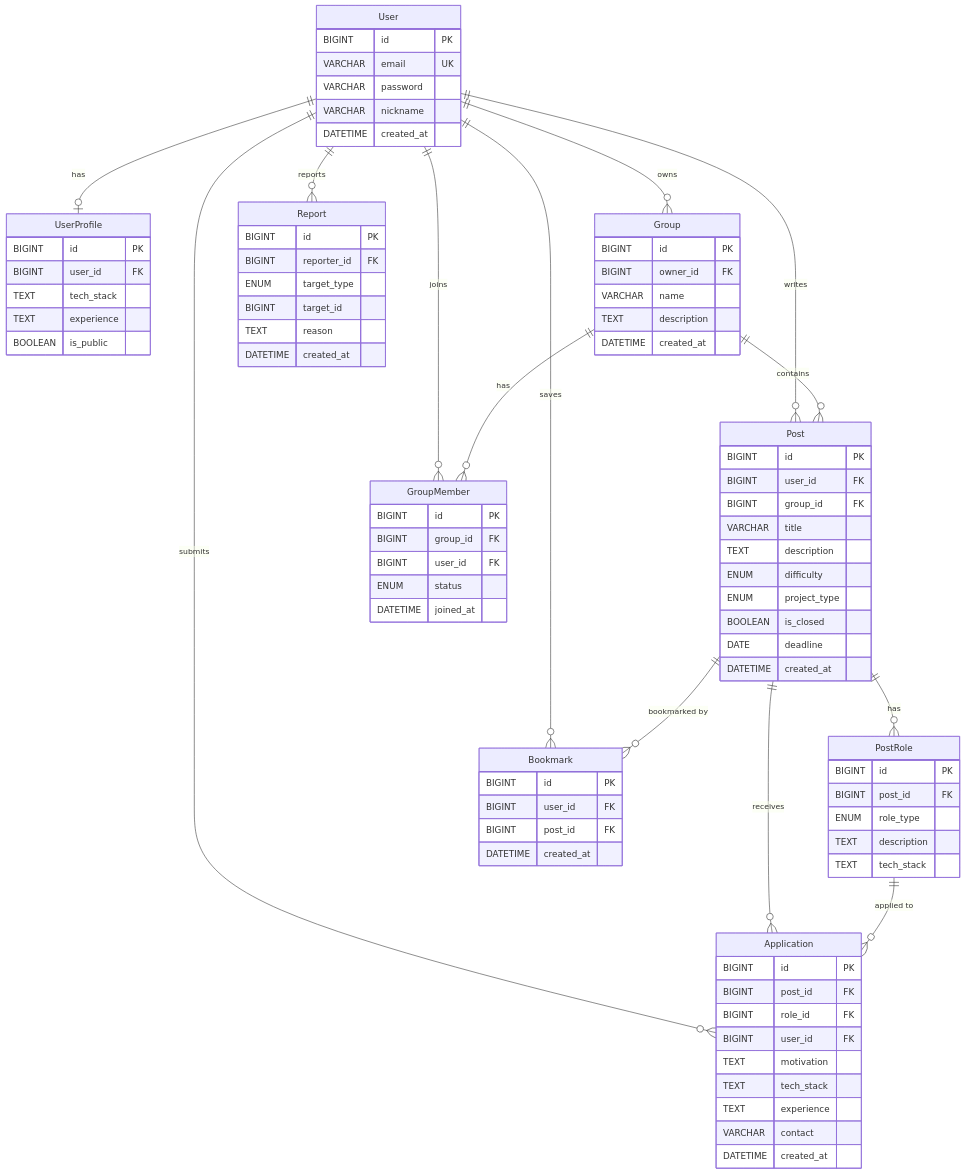
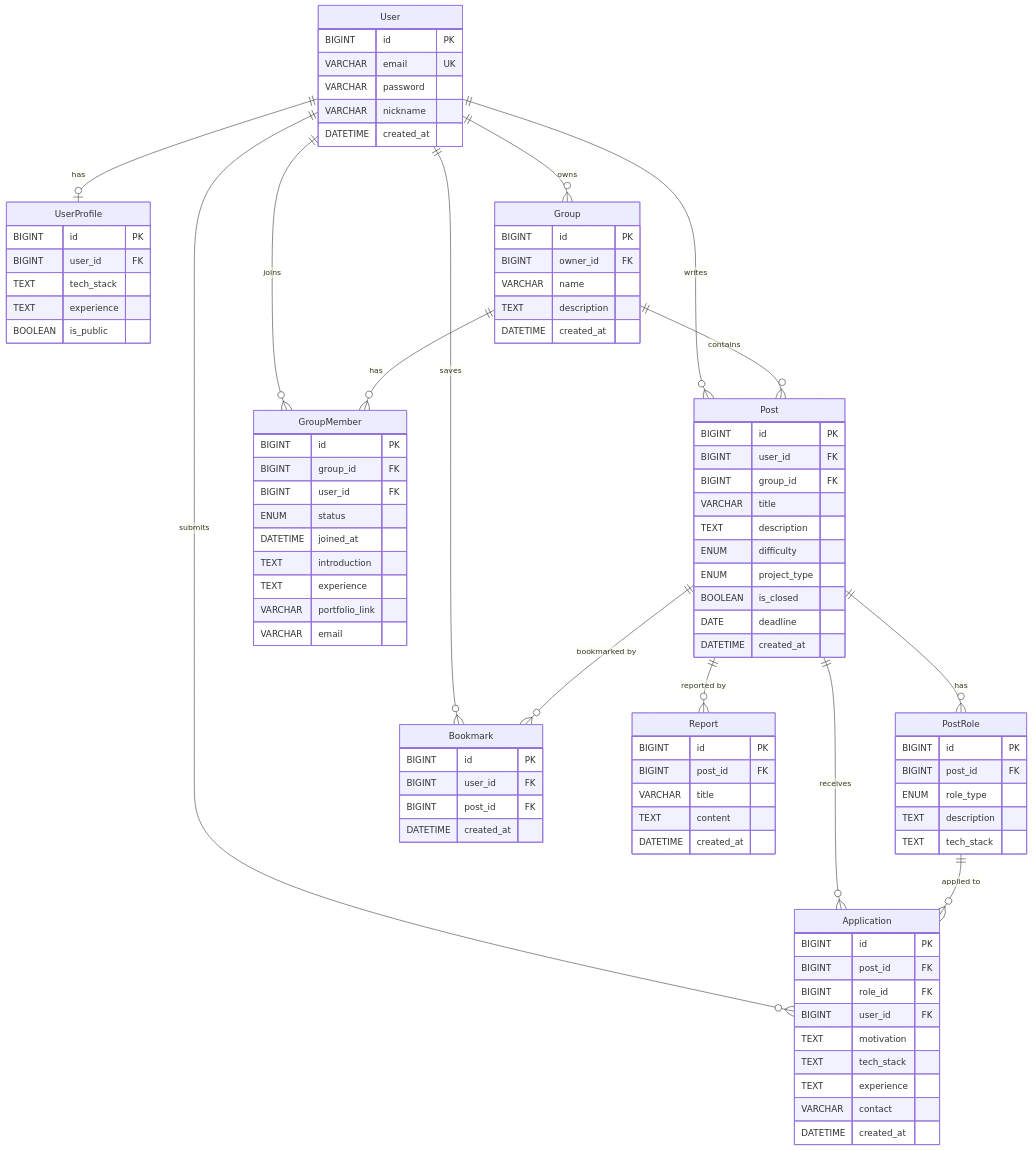
One commit to simsh1031/wooriteam changed the diagram in docs/ERD.md. Above: the diagram before and after it, drawn with Mermaid. The commit also changed other lines of this file and 3 other files, not shown here.

```diff
--- a/docs/ERD.md
+++ b/docs/ERD.md
@@ -65,6 +65,10 @@
         BIGINT user_id FK
         ENUM status
         DATETIME joined_at
+        TEXT introduction
+        TEXT experience
+        VARCHAR portfolio_link
+        VARCHAR email
     }
 
     Bookmark {
@@ -76,10 +80,9 @@
 
     Report {
         BIGINT id PK
-        BIGINT reporter_id FK
-        ENUM target_type
-        BIGINT target_id
-        TEXT reason
+        BIGINT post_id FK
+        VARCHAR title
+        TEXT content
         DATETIME created_at
     }
 
@@ -87,13 +90,13 @@
     User ||--o{ Post : "writes"
     User ||--o{ Application : "submits"
     User ||--o{ Bookmark : "saves"
-    User ||--o{ Report : "reports"
     User ||--o{ GroupMember : "joins"
     User ||--o{ Group : "owns"
 
     Post ||--o{ PostRole : "has"
     Post ||--o{ Application : "receives"
     Post ||--o{ Bookmark : "bookmarked by"
+    Post ||--o{ Report : "reported by"
 
     PostRole ||--o{ Application : "applied to"
 
```
